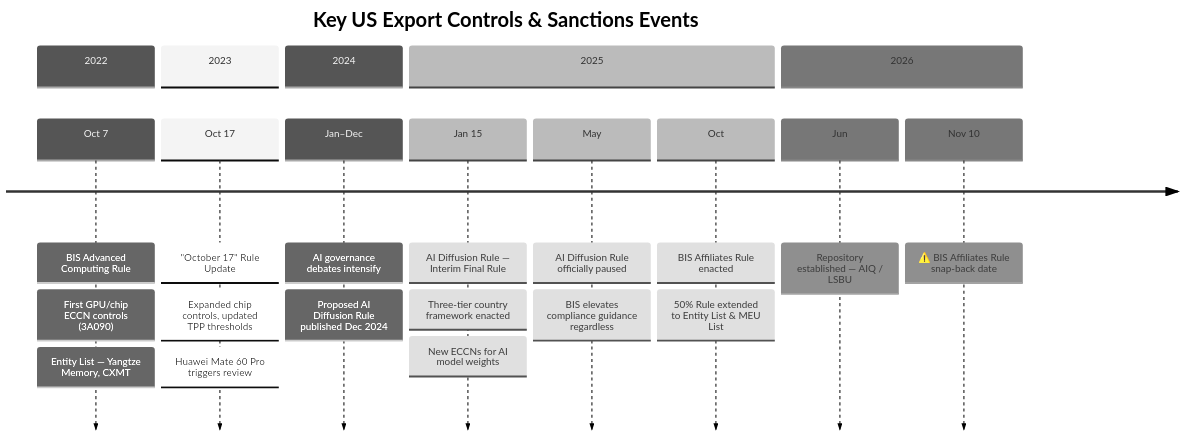
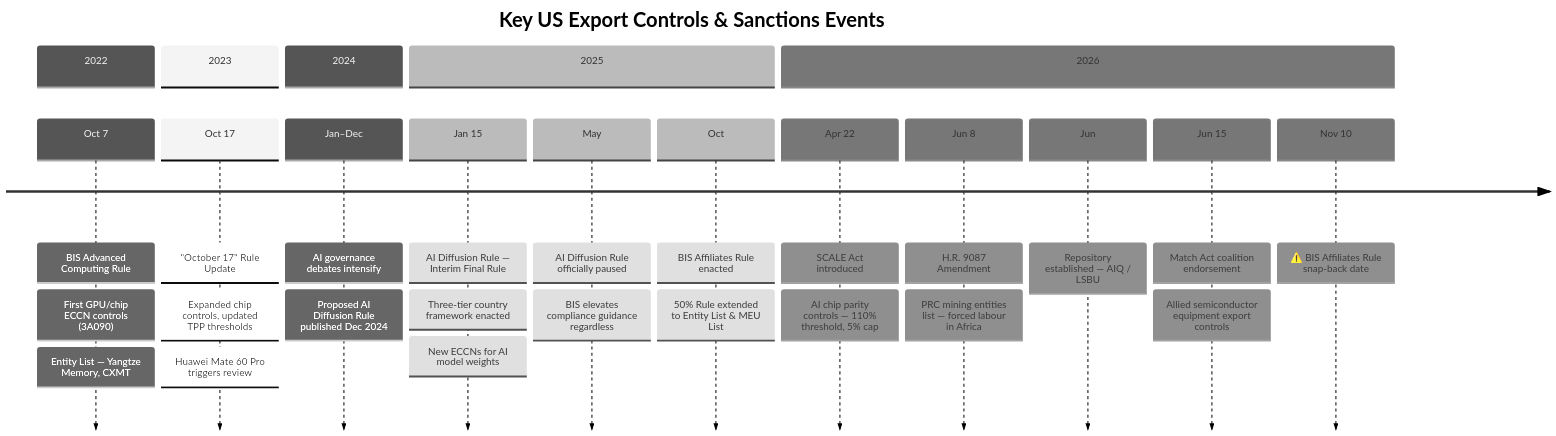
Before and after one commit to felipelago17/Sanctions-and-Export-Controls-AI-and-Oil: the first of 5 diagrams in docs/visuals.md, drawn with Mermaid (neutral theme). The commit also changed 5 other files, not shown here.

First line of the commit message:
feat: add SCALE Act, Match Act, and H.R. 9087 PRC mining amendment

````diff
--- a/docs/visuals.md
+++ b/docs/visuals.md
@@ -9,26 +9,32 @@
 ```mermaid
 timeline
     title Key US Export Controls & Sanctions Events
     section 2022
         Oct 7 : BIS Advanced Computing Rule
               : First GPU/chip ECCN controls (3A090)
               : Entity List — Yangtze Memory, CXMT
     section 2023
         Oct 17 : "October 17" Rule Update
                : Expanded chip controls, updated TPP thresholds
                : Huawei Mate 60 Pro triggers review
     section 2024
         Jan–Dec : AI governance debates intensify
                 : Proposed AI Diffusion Rule published Dec 2024
     section 2025
         Jan 15 : AI Diffusion Rule — Interim Final Rule
                : Three-tier country framework enacted
                : New ECCNs for AI model weights
         May    : AI Diffusion Rule officially paused
                : BIS elevates compliance guidance regardless
         Oct    : BIS Affiliates Rule enacted
                : 50% Rule extended to Entity List & MEU List
     section 2026
+        Apr 22 : SCALE Act introduced
+               : AI chip parity controls — 110% threshold, 5% cap
+        Jun 8  : H.R. 9087 Amendment
+               : PRC mining entities list — forced labour in Africa
         Jun    : Repository established — AIQ / LSBU
+        Jun 15 : Match Act coalition endorsement
+               : Allied semiconductor equipment export controls
         Nov 10 : ⚠️ BIS Affiliates Rule snap-back date
 ```
````
